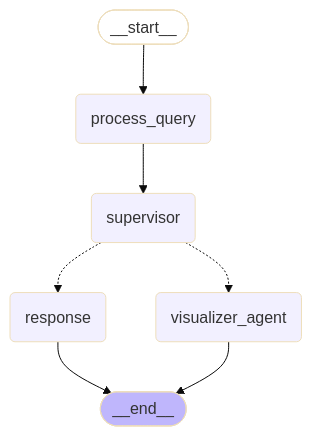
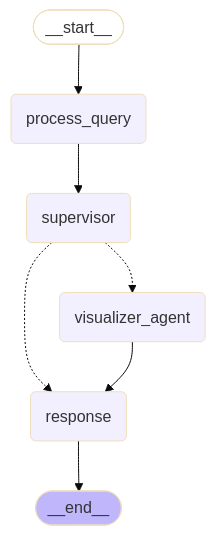
The diagram in chat-server/app/workflow/graph/single_dataset_graph/graph.mmd (factly/gopie), drawn with Mermaid (base theme) before and after one commit. The commit also changed 10 other files, not shown here.

Commit message:
feat: created visualizer agent

```diff
--- a/chat-server/app/workflow/graph/single_dataset_graph/graph.mmd
+++ b/chat-server/app/workflow/graph/single_dataset_graph/graph.mmd
@@ -1,21 +1,21 @@
 ---
 config:
   flowchart:
     curve: basis
 ---
 graph TD;
 	__start__([<p>__start__</p>]):::first
 	process_query(process_query)
 	supervisor(supervisor)
 	response(response)
 	visualizer_agent(visualizer_agent)
 	__end__([<p>__end__</p>]):::last
 	__start__ --> process_query;
 	process_query --> supervisor;
 	supervisor -.-> response;
 	supervisor -.-> visualizer_agent;
+	visualizer_agent --> response;
 	response --> __end__;
-	visualizer_agent --> __end__;
 	classDef default fill:#f2f0ff,line-height:1.2
 	classDef first fill-opacity:0
 	classDef last fill:#bfb6fc
```
